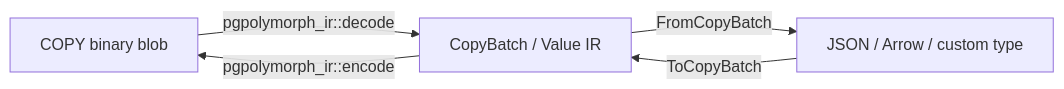
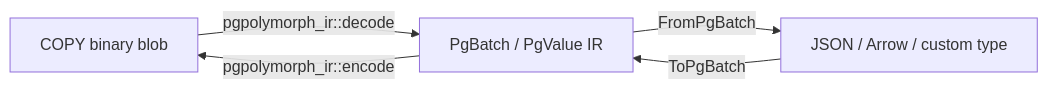
The second of 2 diagrams in pgpolymorph-ir/SPEC.md (livinlefevreloca/pgpolymorph), drawn with Mermaid before and after one commit. The commit also changed other lines of this file and 31 other files, not shown here.

````diff
--- a/pgpolymorph-ir/SPEC.md
+++ b/pgpolymorph-ir/SPEC.md
@@ -328,11 +330,11 @@
 ```mermaid
 flowchart LR
     Binary[COPY binary blob]
-    IR[CopyBatch / Value IR]
+    IR[PgBatch / PgValue IR]
     Native[JSON / Arrow / custom type]
 
     Binary -->|"pgpolymorph_ir::decode"| IR
     IR -->|"pgpolymorph_ir::encode"| Binary
-    IR -->|"FromCopyBatch"| Native
-    Native -->|"ToCopyBatch"| IR
+    IR -->|"FromPgBatch"| Native
+    Native -->|"ToPgBatch"| IR
 ```
````
